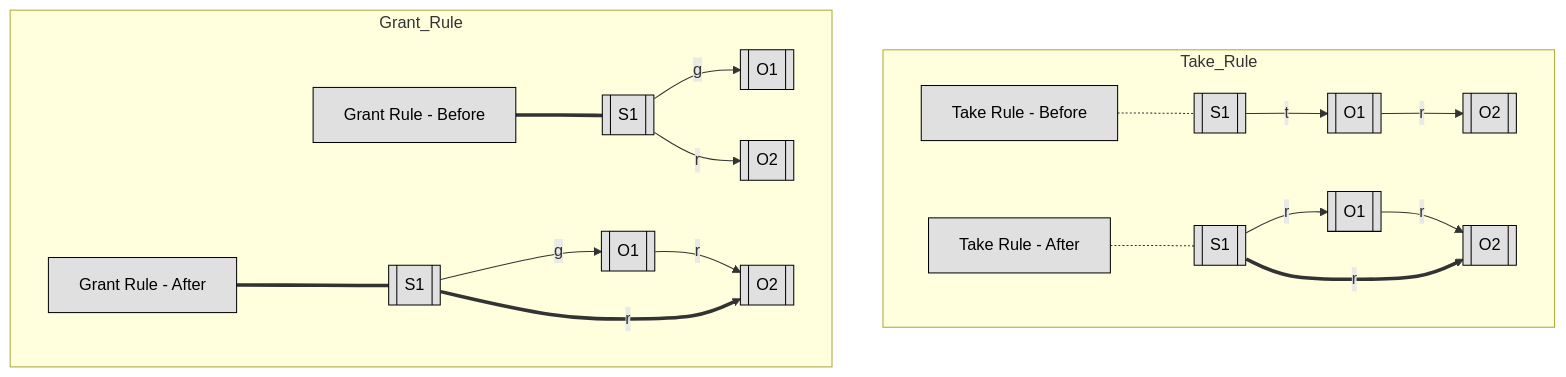
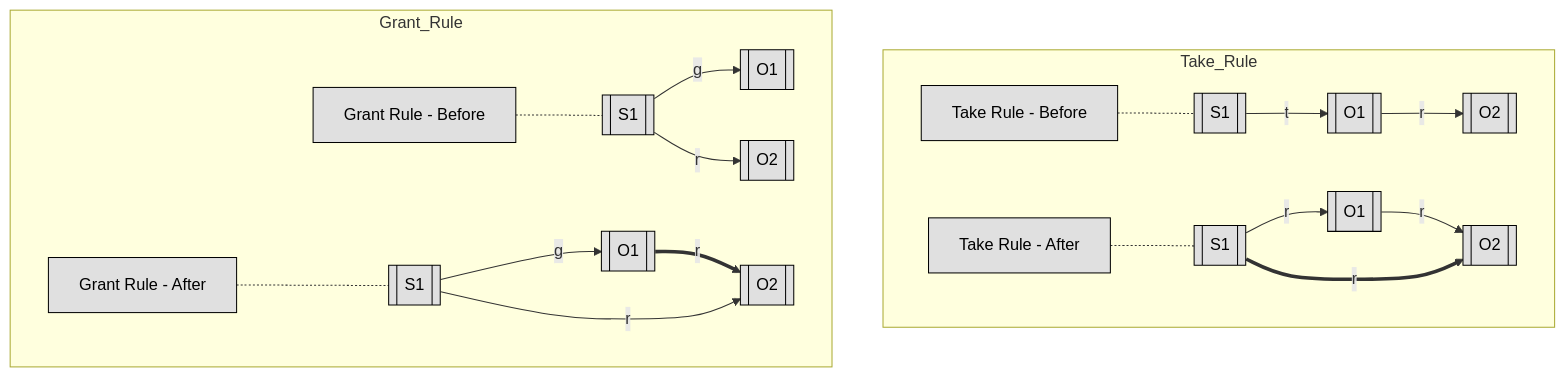
Before and after one commit to lorenzoleonelli/CISSP-Zero-to-Hero: diagram 11 of 11 in DOMAIN3: Security Architecture and Engineering/3.02 Understand the fundamental concepts of security models (e.g. Biba, STar Model, Bell Lapadula).md, drawn with Mermaid.

Commit message:
Update 3.02 Understand the fundamental concepts of security models (e.g. Biba, STar Model, Bell Lapadula).md

````diff
--- a/DOMAIN3: Security Architecture and Engineering/3.02 Understand the fundamental concepts of security models (e.g. Biba, STar Model, Bell Lapadula).md
+++ b/DOMAIN3: Security Architecture and Engineering/3.02 Understand the fundamental concepts of security models (e.g. Biba, STar Model, Bell Lapadula).md
@@ -384,26 +384,26 @@
 ```mermaid
 flowchart TB
 
 subgraph Take_Rule
     direction LR
     S1_Take1[["S1"]] -->|t| O1_Take1[["O1"]] -->|r| O2_Take1[["O2"]]
     S1_Take2[["S1"]] -->|r| O1_Take2[["O1"]] -->|r| O2_Take2[["O2"]]
     S1_Take2[["S1"]] ==>|r| O2_Take2[["O2"]]
     label1[Take Rule  - Before]:::label -.- S1_Take1
     label2[Take Rule - After]:::label -.- S1_Take2
 end
 
 subgraph Grant_Rule
     direction LR
     S1_Grant1[["S1"]] -->|g| O1_Grant1[["O1"]]
     S1_Grant1[["S1"]] -->|r| O2_Grant1[["O2"]]
-    S1_Grant2[["S1"]] -->|g| O1_Grant2[["O1"]] -->|r| O2_Grant2[["O2"]]
-    S1_Grant2[["S1"]] ==>|r| O2_Grant2[["O2"]]
-    label3[Grant Rule  - Before]:::label === S1_Grant1
-    label4[Grant Rule - After]:::label === S1_Grant2
+    S1_Grant2[["S1"]] -->|g| O1_Grant2[["O1"]] ==>|r| O2_Grant2[["O2"]]
+    S1_Grant2[["S1"]] -->|r| O2_Grant2[["O2"]]
+    label3[Grant Rule  - Before]:::label -.- S1_Grant1
+    label4[Grant Rule - After]:::label -.- S1_Grant2
 end
 
     classDef center fill:#ffffff,color:#000000,stroke:#000000,stroke-width:1px,font-weight:bold
     classDef node fill:#e0e0e0,color:#000000,stroke:#000000,stroke-width:1px
 
 ```
````
